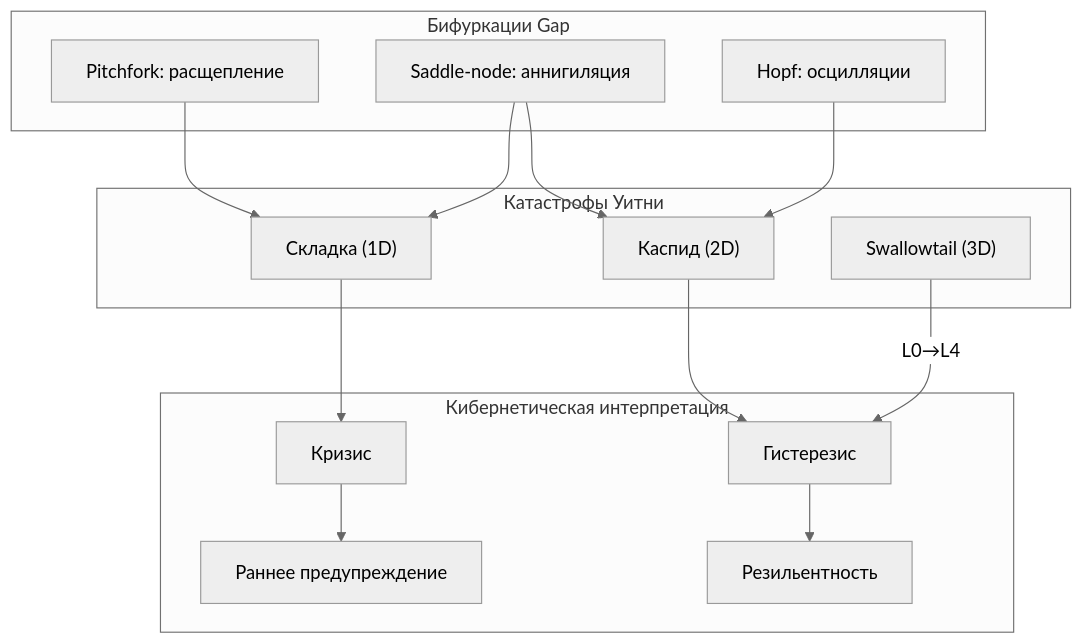
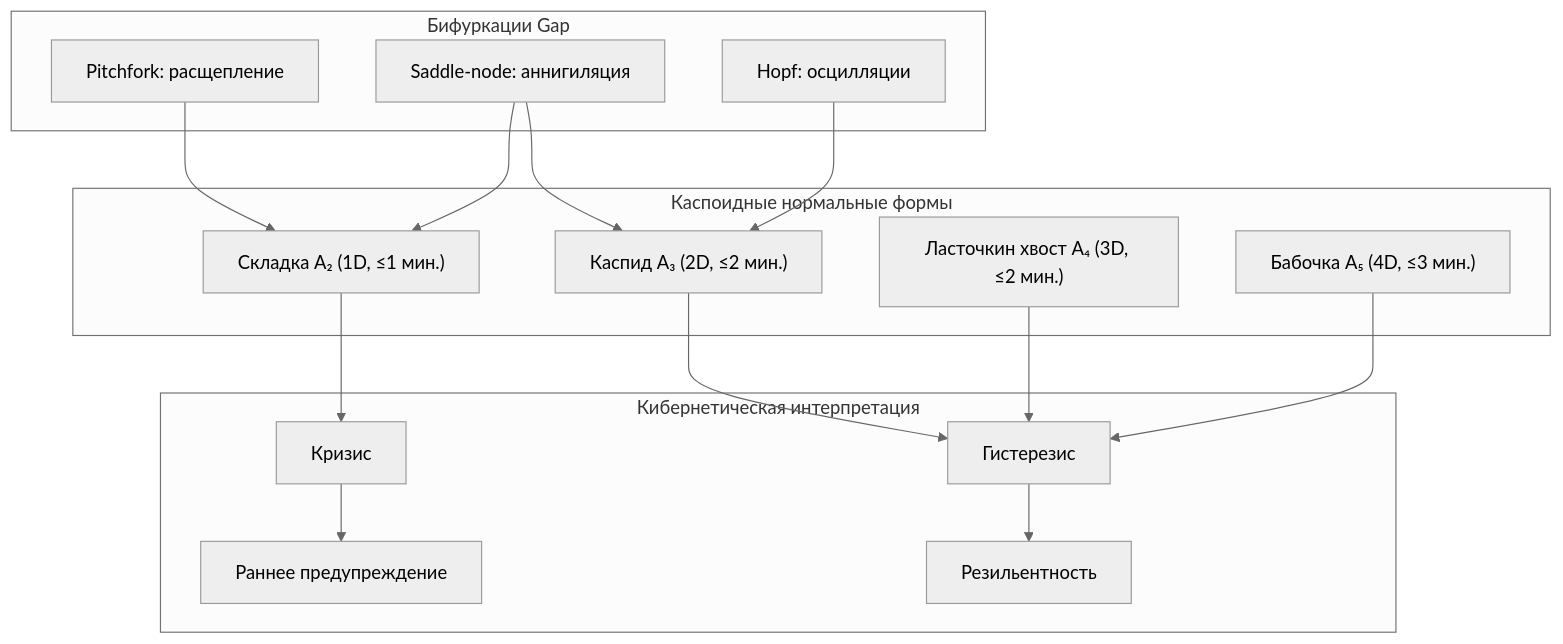
One commit to gst-st/uhm changed the diagram in website/i18n/ru/docusaurus-plugin-content-docs/current/applied/coherence-cybernetics/bifurcation.md. Above: the diagram before and after it, drawn with Mermaid (neutral theme). The commit also changed other lines of this file and 376 other files, not shown here.

First line of the commit message:
Refactor UHM canon, decontaminate architecture, and verify EN/RU parity

````diff
--- a/website/i18n/ru/docusaurus-plugin-content-docs/current/applied/coherence-cybernetics/bifurcation.md
+++ b/website/i18n/ru/docusaurus-plugin-content-docs/current/applied/coherence-cybernetics/bifurcation.md
@@ -646,29 +593,31 @@
 ```mermaid
 graph TD
     subgraph BIF["Бифуркации Gap"]
         PF["Pitchfork: расщепление"]
         SN["Saddle-node: аннигиляция"]
         HF["Hopf: осцилляции"]
     end
-    subgraph CAT["Катастрофы Уитни"]
-        FOLD["Складка (1D)"]
-        CUSP["Каспид (2D)"]
-        SW["Swallowtail (3D)"]
+    subgraph CAT["Каспоидные нормальные формы"]
+        FOLD["Складка A₂ (1D, ≤1 мин.)"]
+        CUSP["Каспид A₃ (2D, ≤2 мин.)"]
+        SW["Ласточкин хвост A₄ (3D, ≤2 мин.)"]
+        BF["Бабочка A₅ (4D, ≤3 мин.)"]
     end
     subgraph APP["Кибернетическая интерпретация"]
         CRISIS["Кризис"]
         HYST["Гистерезис"]
         RES["Резильентность"]
         WARN["Раннее предупреждение"]
     end
 
     PF --> FOLD
     SN --> FOLD
     SN --> CUSP
     HF --> CUSP
     FOLD --> CRISIS
     CUSP --> HYST
-    SW --> |"L0→L4"| HYST
+    SW --> HYST
+    BF --> HYST
     CRISIS --> WARN
     HYST --> RES
 ```
````
